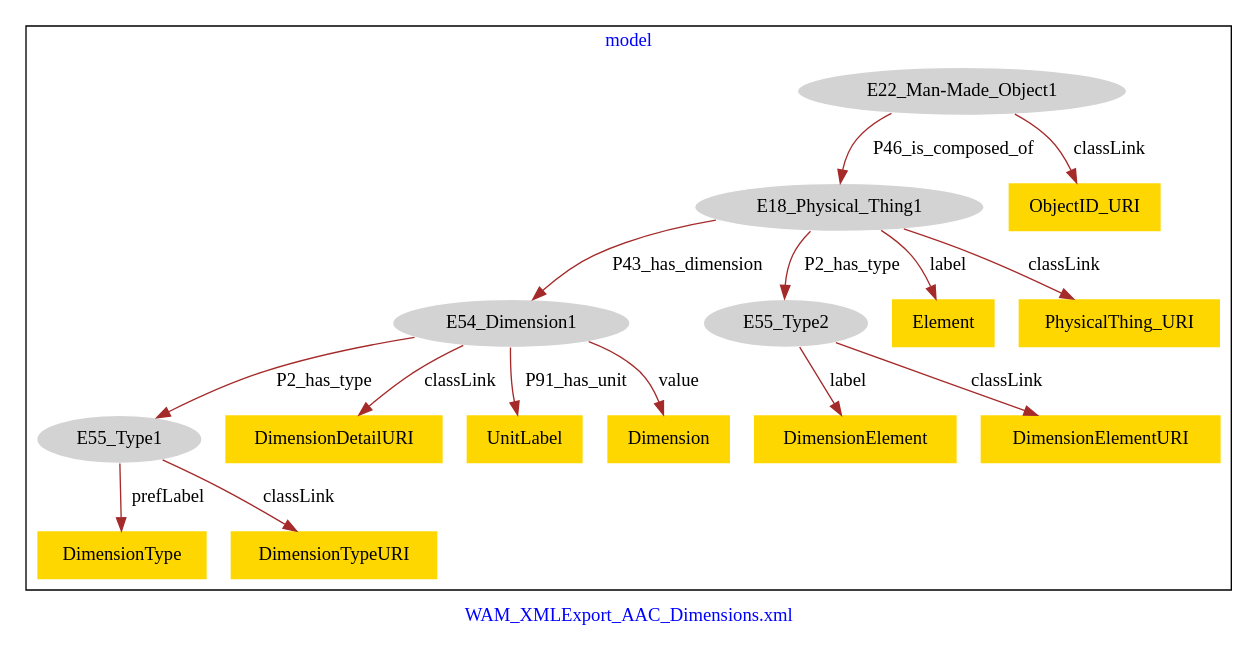
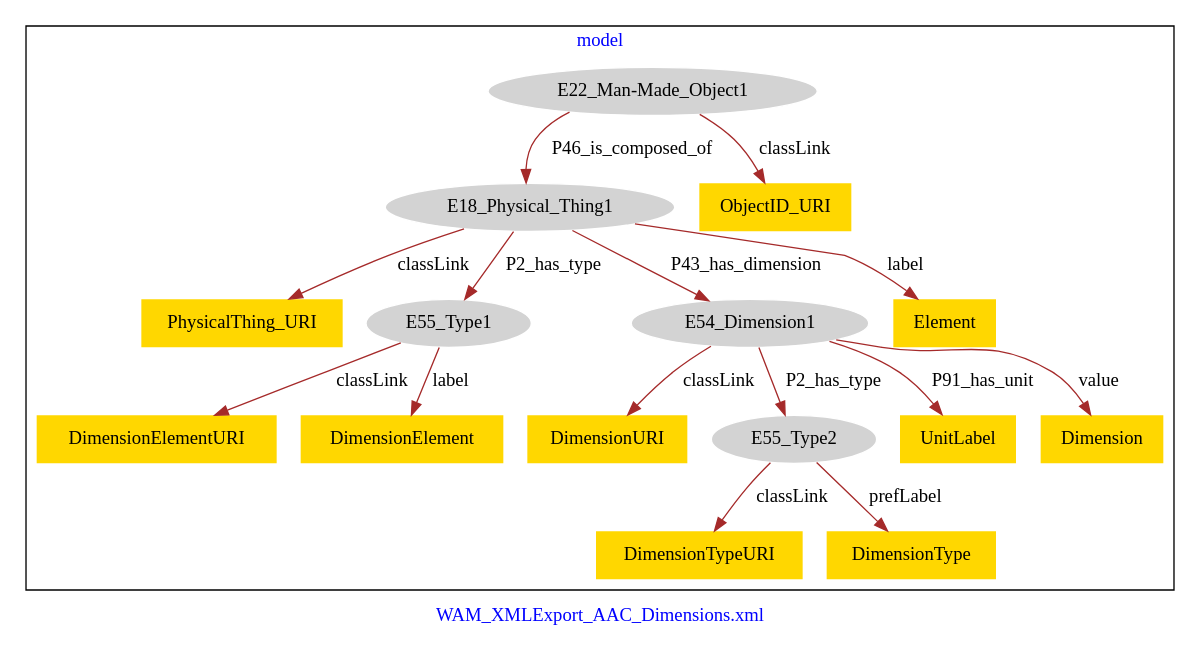
The diagram in WAM_AAC_Dimensions/WAM_AAC_Dimensions-model.dot (american-art/wam), drawn with Graphviz before and after one commit.

Commit message:
Update file WAM_AAC_Dimensions-model.dot

```diff
--- a/WAM_AAC_Dimensions/WAM_AAC_Dimensions-model.dot
+++ b/WAM_AAC_Dimensions/WAM_AAC_Dimensions-model.dot
@@ -1,37 +1,37 @@
 digraph n0 {
 fontcolor="blue"
 remincross="true"
 label="WAM_XMLExport_AAC_Dimensions.xml"
 subgraph cluster {
 label="model"
 n2[style="filled",color="white",fillcolor="lightgray",label="E18_Physical_Thing1"];
-n3[style="filled",color="white",fillcolor="lightgray",label="E54_Dimension1"];
-n4[style="filled",color="white",fillcolor="lightgray",label="E55_Type2"];
-n5[style="filled",color="white",fillcolor="lightgray",label="E22_Man-Made_Object1"];
-n6[style="filled",color="white",fillcolor="lightgray",label="E55_Type1"];
-n7[shape="plaintext",style="filled",fillcolor="gold",label="Element"];
-n8[shape="plaintext",style="filled",fillcolor="gold",label="PhysicalThing_URI"];
-n9[shape="plaintext",style="filled",fillcolor="gold",label="ObjectID_URI"];
-n10[shape="plaintext",style="filled",fillcolor="gold",label="DimensionDetailURI"];
-n11[shape="plaintext",style="filled",fillcolor="gold",label="DimensionElement"];
-n12[shape="plaintext",style="filled",fillcolor="gold",label="DimensionType"];
+n3[shape="plaintext",style="filled",fillcolor="gold",label="PhysicalThing_URI"];
+n4[style="filled",color="white",fillcolor="lightgray",label="E55_Type1"];
+n5[style="filled",color="white",fillcolor="lightgray",label="E54_Dimension1"];
+n6[shape="plaintext",style="filled",fillcolor="gold",label="Element"];
+n7[style="filled",color="white",fillcolor="lightgray",label="E22_Man-Made_Object1"];
+n8[shape="plaintext",style="filled",fillcolor="gold",label="ObjectID_URI"];
+n9[shape="plaintext",style="filled",fillcolor="gold",label="DimensionURI"];
+n10[style="filled",color="white",fillcolor="lightgray",label="E55_Type2"];
+n11[shape="plaintext",style="filled",fillcolor="gold",label="UnitLabel"];
+n12[shape="plaintext",style="filled",fillcolor="gold",label="Dimension"];
 n13[shape="plaintext",style="filled",fillcolor="gold",label="DimensionElementURI"];
-n14[shape="plaintext",style="filled",fillcolor="gold",label="UnitLabel"];
+n14[shape="plaintext",style="filled",fillcolor="gold",label="DimensionElement"];
 n15[shape="plaintext",style="filled",fillcolor="gold",label="DimensionTypeURI"];
-n16[shape="plaintext",style="filled",fillcolor="gold",label="Dimension"];
+n16[shape="plaintext",style="filled",fillcolor="gold",label="DimensionType"];
 }
-n2 -> n3[color="brown",fontcolor="black",label="P43_has_dimension"]
+n2 -> n3[color="brown",fontcolor="black",label="classLink"]
 n2 -> n4[color="brown",fontcolor="black",label="P2_has_type"]
-n5 -> n2[color="brown",fontcolor="black",label="P46_is_composed_of"]
-n3 -> n6[color="brown",fontcolor="black",label="P2_has_type"]
-n2 -> n7[color="brown",fontcolor="black",label="label"]
-n2 -> n8[color="brown",fontcolor="black",label="classLink"]
+n2 -> n5[color="brown",fontcolor="black",label="P43_has_dimension"]
+n2 -> n6[color="brown",fontcolor="black",label="label"]
+n7 -> n8[color="brown",fontcolor="black",label="classLink"]
+n7 -> n2[color="brown",fontcolor="black",label="P46_is_composed_of"]
 n5 -> n9[color="brown",fontcolor="black",label="classLink"]
-n3 -> n10[color="brown",fontcolor="black",label="classLink"]
-n4 -> n11[color="brown",fontcolor="black",label="label"]
-n6 -> n12[color="brown",fontcolor="black",label="prefLabel"]
+n5 -> n10[color="brown",fontcolor="black",label="P2_has_type"]
+n5 -> n11[color="brown",fontcolor="black",label="P91_has_unit"]
+n5 -> n12[color="brown",fontcolor="black",label="value"]
 n4 -> n13[color="brown",fontcolor="black",label="classLink"]
-n3 -> n14[color="brown",fontcolor="black",label="P91_has_unit"]
-n6 -> n15[color="brown",fontcolor="black",label="classLink"]
-n3 -> n16[color="brown",fontcolor="black",label="value"]
+n4 -> n14[color="brown",fontcolor="black",label="label"]
+n10 -> n15[color="brown",fontcolor="black",label="classLink"]
+n10 -> n16[color="brown",fontcolor="black",label="prefLabel"]
 }
```
